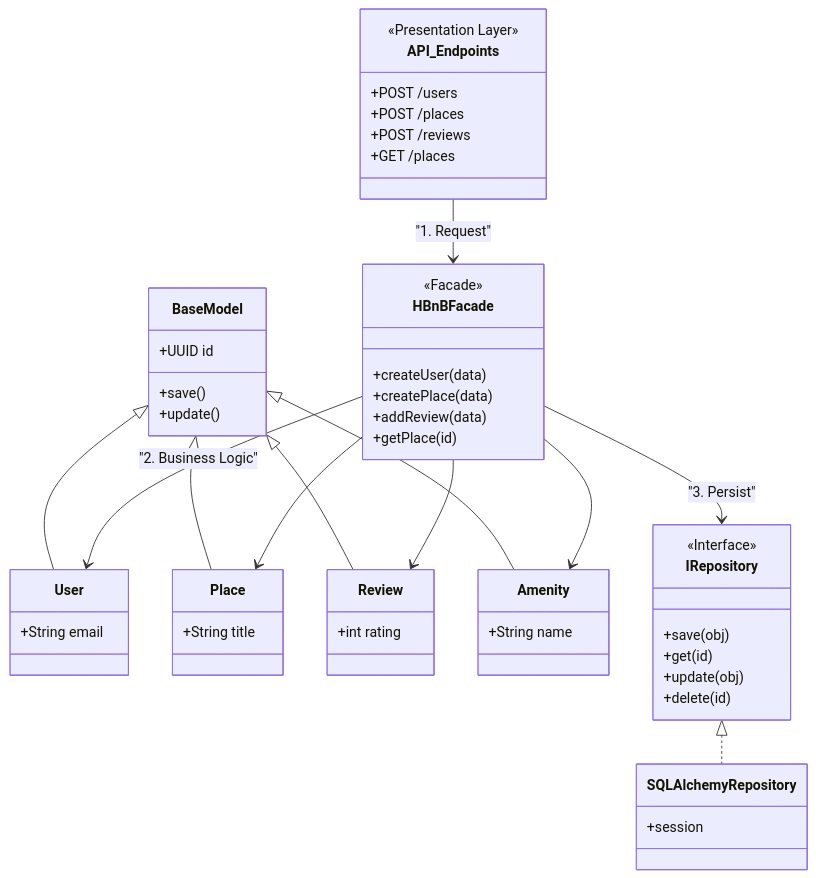
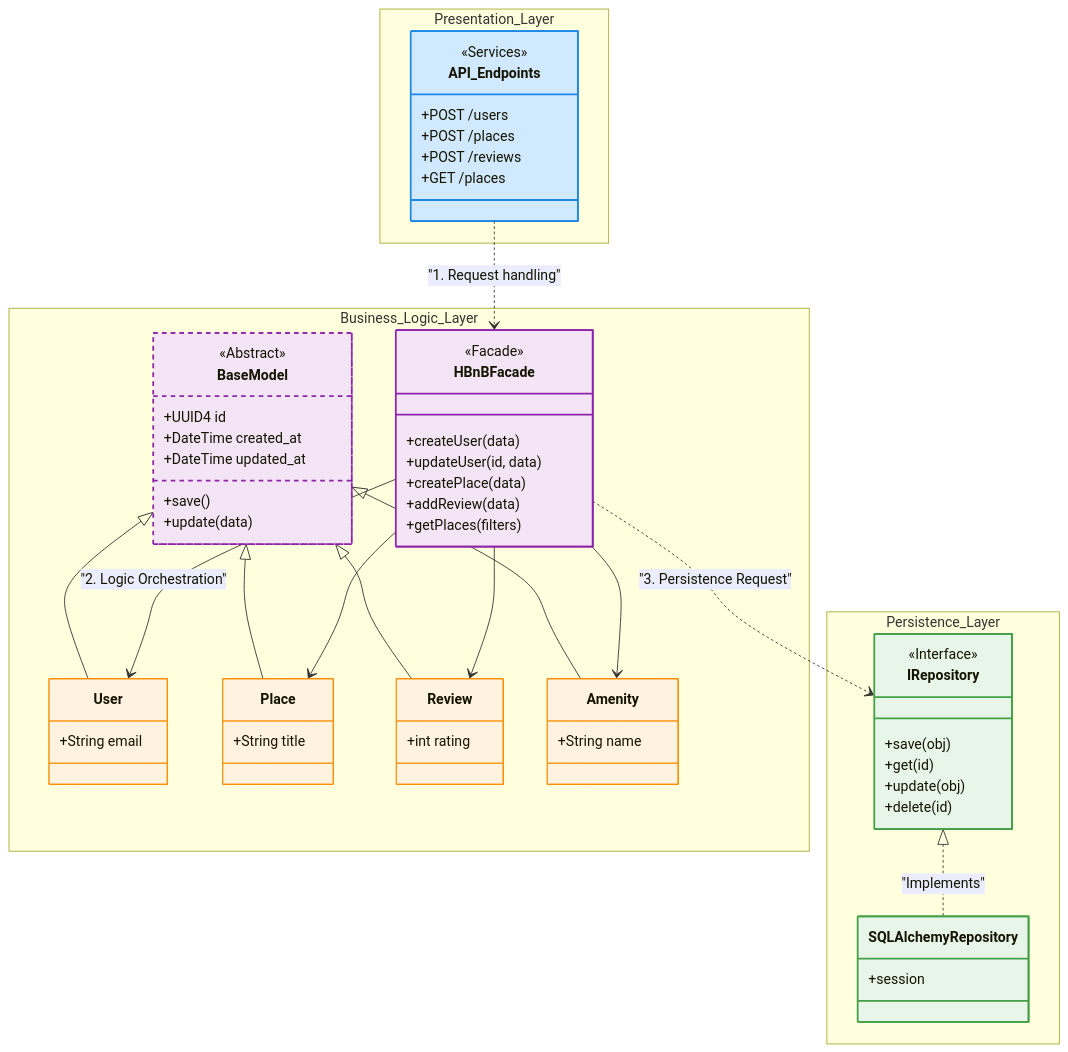
One commit to juliangf94/holbertonschool-hbnb changed the first of 6 diagrams in part1/DOCUMENTATION_en.md. Above: the diagram before and after it, drawn with Mermaid. The commit also changed other lines of this file and 11 other files, not shown here.

````diff
--- a/part1/DOCUMENTATION_en.md
+++ b/part1/DOCUMENTATION_en.md
@@ -92,72 +4,82 @@
 ```mermaid
-
 classDiagram
     direction TB
 
-    class API_Endpoints {
-        <<Presentation Layer>>
-        +POST /users
-        +POST /places
-        +POST /reviews
-        +GET /places
+    namespace Presentation_Layer {
+        class API_Endpoints {
+            <<Services>>
+            +POST /users
+            +POST /places
+            +POST /reviews
+            +GET /places
+        }
     }
 
-    class HBnBFacade {
-        <<Facade>>
-        +createUser(data)
-        +createPlace(data)
-        +addReview(data)
-        +getPlace(id)
+    namespace Business_Logic_Layer {
+        class HBnBFacade {
+            <<Facade>>
+            +createUser(data)
+            +updateUser(id, data)
+            +createPlace(data)
+            +addReview(data)
+            +getPlaces(filters)
+        }
+        class BaseModel {
+            <<Abstract>>
+            +UUID4 id
+            +DateTime created_at
+            +DateTime updated_at
+            +save()
+            +update(data)
+        }
+        class User { +String email }
+        class Place { +String title }
+        class Review { +int rating }
+        class Amenity { +String name }
     }
 
-    class User {
-        +String email
-    }
-    class Place {
-        +String title
-    }
-    class Review {
-        +int rating
-    }
-    class Amenity {
-        +String name
-    }
-    
-    class BaseModel {
-        +UUID id
-        +save()
-        +update()
+    namespace Persistence_Layer {
+        class IRepository {
+        <<Interface>>
+            +save(obj)
+            +get(id)
+            +update(obj)
+            +delete(id)
+        }
+        class SQLAlchemyRepository {
+            +session
+        }
     }
 
-    class IRepository {
-        <<Interface>>
-        +save(obj)
-        +get(id)
-        +update(obj)
-        +delete(id)
-    }
-
-    class SQLAlchemyRepository {
-        +session
-    }
-
-    %% Relations
-    API_Endpoints --> HBnBFacade : "1. Request"
+    %%  Communication Flow
+    API_Endpoints ..> HBnBFacade : "1. Request handling"
+    HBnBFacade --> User : "2. Logic Orchestration"
+    HBnBFacade ..> IRepository : "3. Persistence Request"
     
-    HBnBFacade --> User : "2. Business Logic"
+    %% Internal Business Logic Relationships
     HBnBFacade --> Place
     HBnBFacade --> Review
     HBnBFacade --> Amenity
 
-    HBnBFacade --> IRepository : "3. Persist"
-
-    %% Héritage
+    %% Inheritance
     BaseModel <|-- User
     BaseModel <|-- Place
     BaseModel <|-- Review
     BaseModel <|-- Amenity
 
-    %% Implémentation
-    IRepository <|.. SQLAlchemyRepository
+    %% Implementation
+    IRepository <|.. SQLAlchemyRepository : "Implements"
 
+    %% Style / Colors
+    style API_Endpoints fill:#d1e9ff,stroke:#1e88e5,stroke-width:2px
+
+    style HBnBFacade fill:#f3e5f5,stroke:#8e24aa,stroke-width:2px
+    style BaseModel fill:#f3e5f5,stroke:#8e24aa,stroke-width:2px,stroke-dasharray: 5 5
+    style User fill:#fff3e0,stroke:#fb8c00,stroke-width:1px
+    style Place fill:#fff3e0,stroke:#fb8c00,stroke-width:1px
+    style Review fill:#fff3e0,stroke:#fb8c00,stroke-width:1px
+    style Amenity fill:#fff3e0,stroke:#fb8c00,stroke-width:1px
+
+    style IRepository fill:#e8f5e9,stroke:#43a047,stroke-width:2px
+    style SQLAlchemyRepository fill:#e8f5e9,stroke:#43a047,stroke-width:2px    
 ```
````
